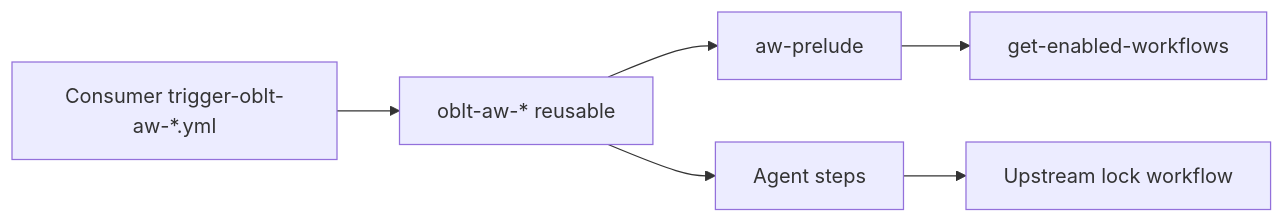
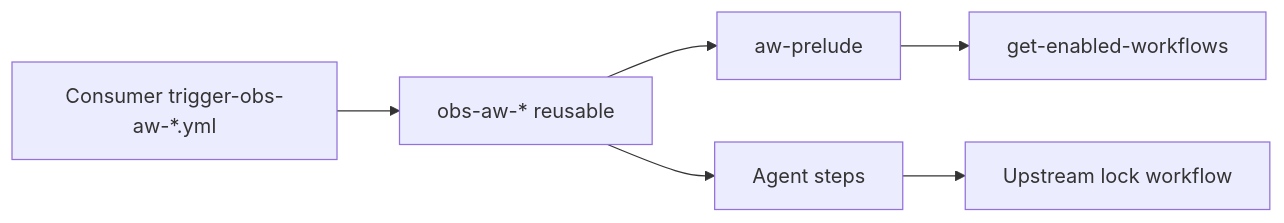
Before and after one commit to elastic/oblt-aw: the fourth of 4 diagrams in docs/architecture/overview.md, drawn with Mermaid. The commit also changed other lines of this file and 151 other files, not shown here.

First line of the commit message:
Align Observability workflow org particle from oblt-aw to obs-aw.

````diff
--- a/docs/architecture/overview.md
+++ b/docs/architecture/overview.md
@@ -182,8 +182,8 @@
 ```mermaid
 flowchart LR
-  A[Consumer trigger-oblt-aw-*.yml] --> G[oblt-aw-* reusable]
+  A[Consumer trigger-obs-aw-*.yml] --> G[obs-aw-* reusable]
   G --> P[aw-prelude]
   P --> B[get-enabled-workflows]
   G --> D[Agent steps]
   D --> L[Upstream lock workflow]
 ```
````
